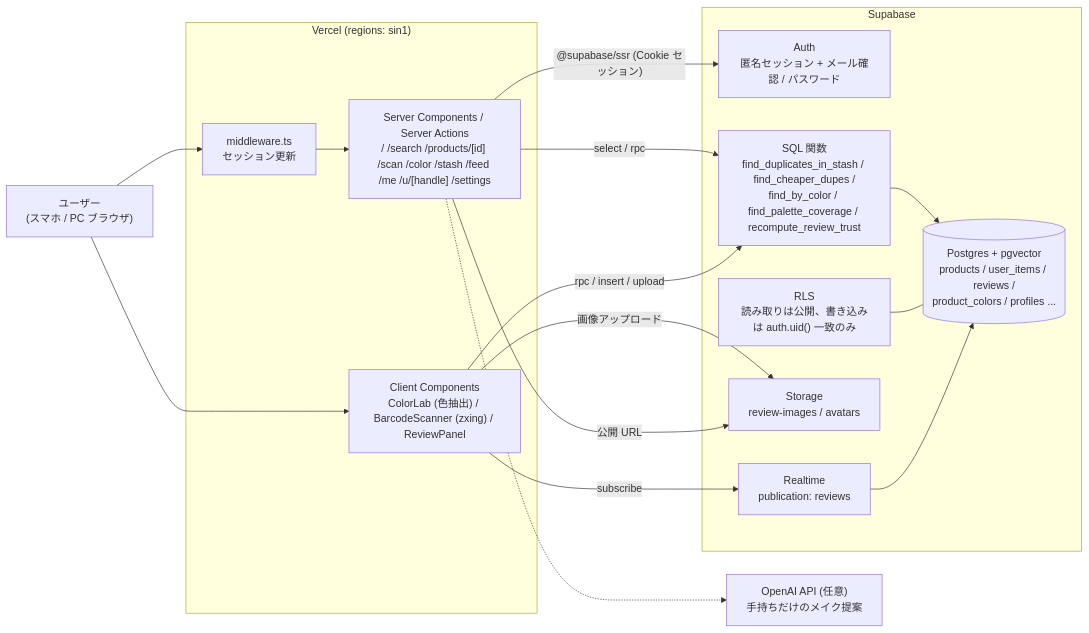
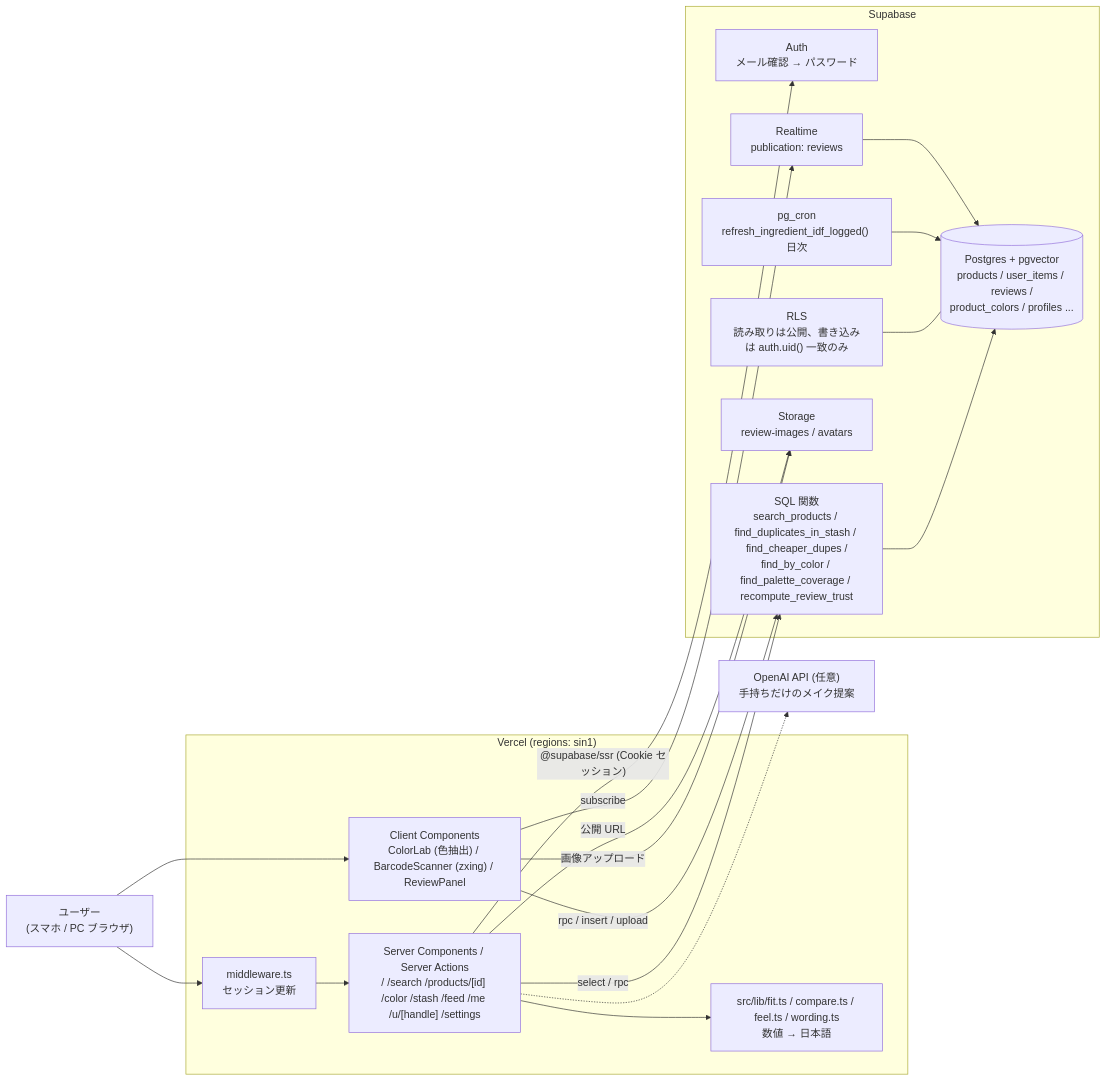
The first of 2 diagrams in README.md (yszwtrs-wttm/AIAU-cosme), drawn with Mermaid before and after one commit. The commit also changed other lines of this file, not shown here.

````diff
--- a/README.md
+++ b/README.md
@@ -27,34 +56,38 @@
 ```mermaid
 flowchart LR
   user["ユーザー<br/>(スマホ / PC ブラウザ)"]
 
   subgraph vercel["Vercel (regions: sin1)"]
     mw["middleware.ts<br/>セッション更新"]
-    rsc["Server Components / Server Actions<br/>/ /search /products/[id] /scan /color /stash /feed /me /u/[handle] /settings"]
+    rsc["Server Components / Server Actions<br/>/ /search /products/[id] /color /stash /feed /me /u/[handle] /settings"]
     cc["Client Components<br/>ColorLab (色抽出) / BarcodeScanner (zxing) / ReviewPanel"]
+    wording["src/lib/fit.ts / compare.ts / feel.ts / wording.ts<br/>数値 → 日本語"]
   end
 
   subgraph supabase["Supabase"]
-    auth["Auth<br/>匿名セッション + メール確認 / パスワード"]
+    auth["Auth<br/>メール確認 → パスワード"]
     pg[("Postgres + pgvector<br/>products / user_items / reviews /<br/>product_colors / profiles ...")]
-    fn["SQL 関数<br/>find_duplicates_in_stash / find_cheaper_dupes /<br/>find_by_color / find_palette_coverage / recompute_review_trust"]
+    fn["SQL 関数<br/>search_products / find_duplicates_in_stash / find_cheaper_dupes /<br/>find_by_color / find_palette_coverage / recompute_review_trust"]
     rls["RLS<br/>読み取りは公開、書き込みは auth.uid() 一致のみ"]
+    cron["pg_cron<br/>refresh_ingredient_idf_logged() 日次"]
     st["Storage<br/>review-images / avatars"]
     rt["Realtime<br/>publication: reviews"]
   end
 
   openai["OpenAI API (任意)<br/>手持ちだけのメイク提案"]
 
   user --> mw --> rsc
   user --> cc
   rsc -->|"@supabase/ssr (Cookie セッション)"| auth
   rsc -->|select / rpc| fn
   cc -->|rpc / insert / upload| fn
+  rsc --> wording
   fn --> pg
   rls --- pg
+  cron --> pg
   cc -->|subscribe| rt
   rt --> pg
   cc -->|画像アップロード| st
   rsc -->|公開 URL| st
   rsc -.-> openai
 ```
````
